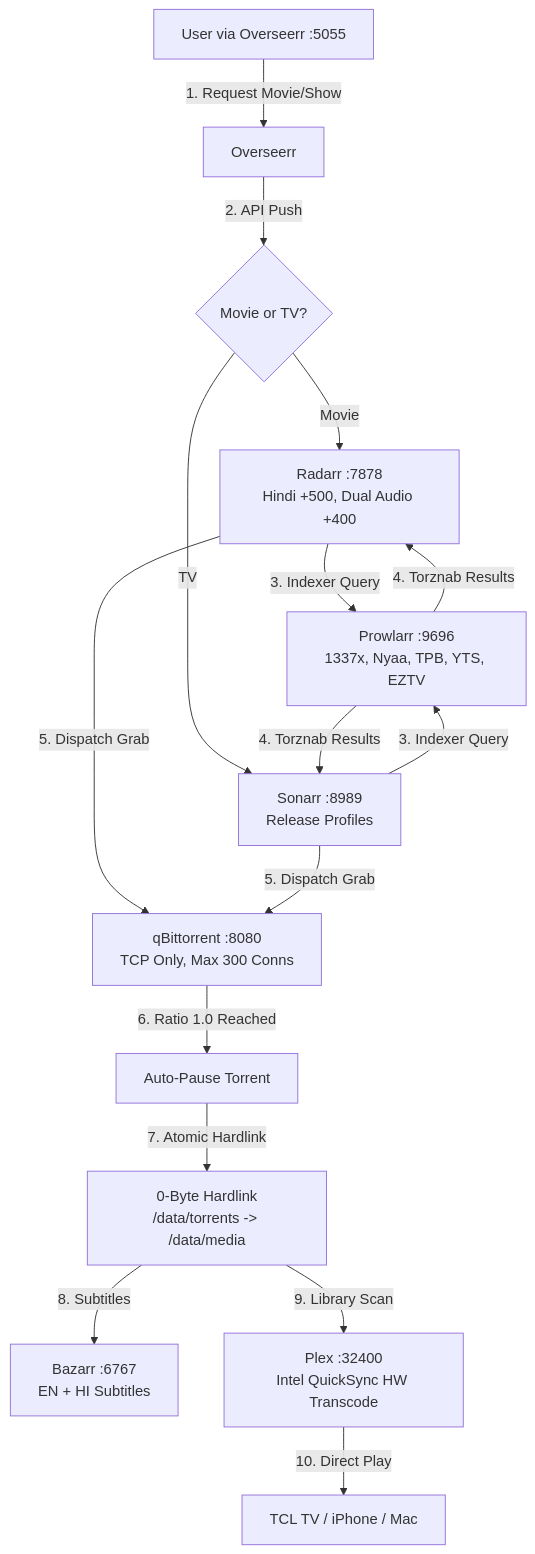
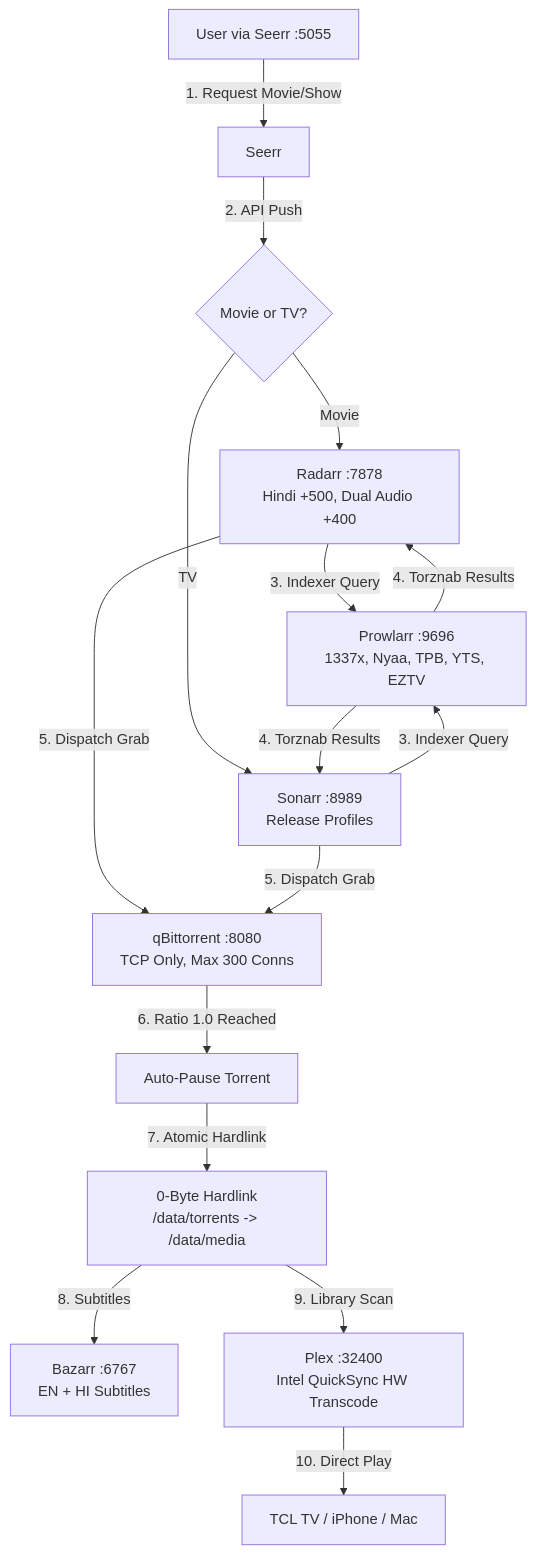
Before and after one commit to deepshah08/Learning: the diagram in ugreen_nas/MEDIA_STACK_HANDOFF.md, drawn with Mermaid. The commit also changed other lines of this file and 4 other files, not shown here.

First line of the commit message:
feat(media): migrate Overseerr to Seerr v3.4.1 unified successor

````diff
--- a/ugreen_nas/MEDIA_STACK_HANDOFF.md
+++ b/ugreen_nas/MEDIA_STACK_HANDOFF.md
@@ -39,15 +39,15 @@
 ```mermaid
 flowchart TD
-    User["User via Overseerr :5055"] -->|"1. Request Movie/Show"| Overseerr
-    Overseerr -->|"2. API Push"| Router{"Movie or TV?"}
+    User["User via Seerr :5055"] -->|"1. Request Movie/Show"| Seerr
+    Seerr -->|"2. API Push"| Router{"Movie or TV?"}
     Router -->|"Movie"| Radarr["Radarr :7878\nHindi +500, Dual Audio +400"]
     Router -->|"TV"| Sonarr["Sonarr :8989\nRelease Profiles"]
     Radarr & Sonarr -->|"3. Indexer Query"| Prowlarr["Prowlarr :9696\n1337x, Nyaa, TPB, YTS, EZTV"]
     Prowlarr -->|"4. Torznab Results"| Radarr & Sonarr
     Radarr & Sonarr -->|"5. Dispatch Grab"| Qbit["qBittorrent :8080\nTCP Only, Max 300 Conns"]
     Qbit -->|"6. Ratio 1.0 Reached"| Pause["Auto-Pause Torrent"]
     Pause -->|"7. Atomic Hardlink"| Hardlink["0-Byte Hardlink\n/data/torrents -> /data/media"]
     Hardlink -->|"8. Subtitles"| Bazarr["Bazarr :6767\nEN + HI Subtitles"]
     Hardlink -->|"9. Library Scan"| Plex["Plex :32400\nIntel QuickSync HW Transcode"]
     Plex -->|"10. Direct Play"| Clients["TCL TV / iPhone / Mac"]
 ```
````
